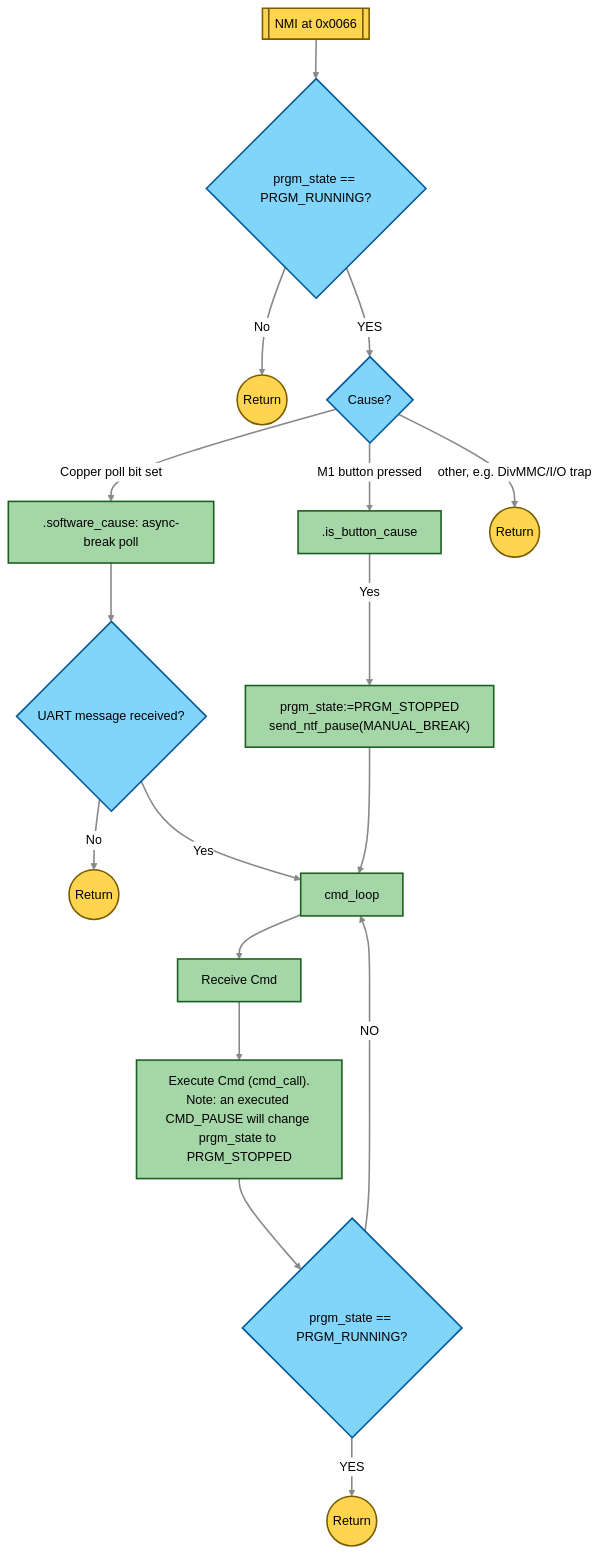
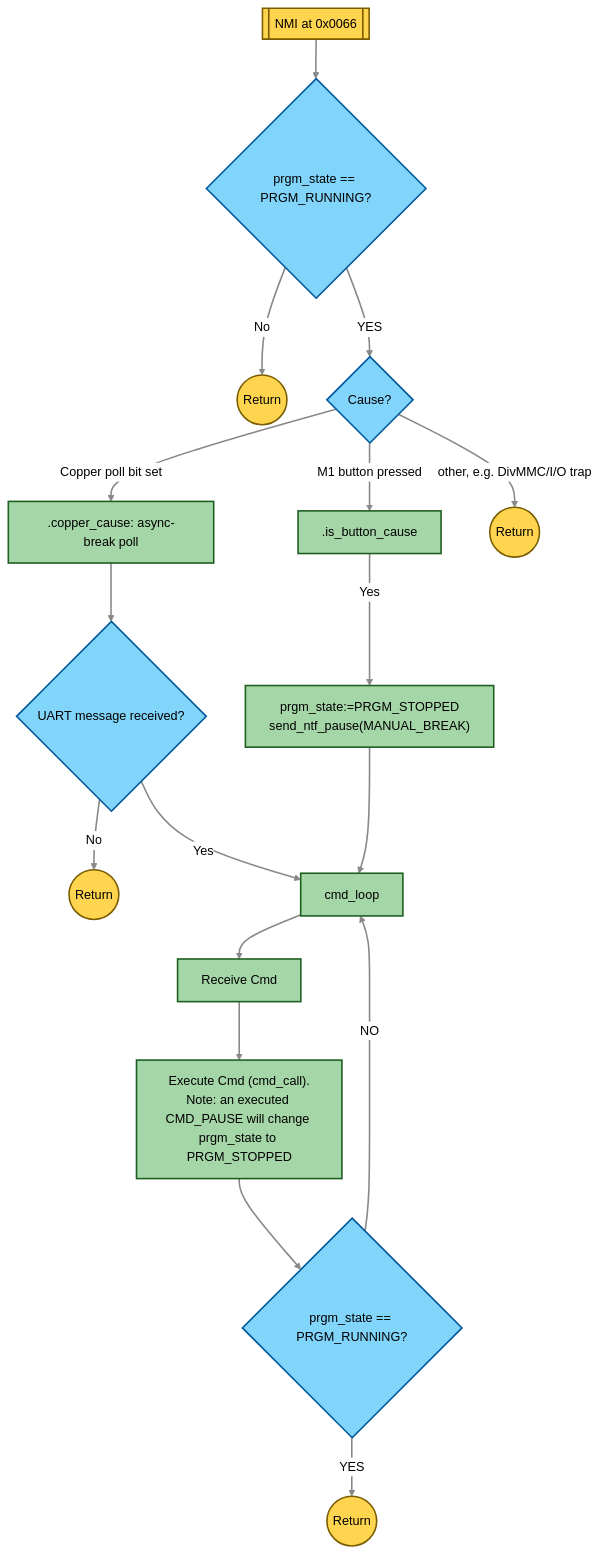
The fourth of 5 diagrams in documentation/Design.md (maziac/dezogif), drawn with Mermaid (neutral theme) before and after one commit. The commit also changed 3 other files, not shown here.

````diff
--- a/documentation/Design.md
+++ b/documentation/Design.md
@@ -271,30 +271,30 @@
 ```mermaid
 flowchart TD
     NMI[["NMI at 0x0066"]] --> PrgState{prgm_state == PRGM_RUNNING?}
     PrgState -->|No| End1((Return))
 	PrgState --> |YES| Cause{Cause?}
 
     Cause -->|M1 button pressed| Button[".is_button_cause"]
-    Cause -->|Copper poll bit set| Poll[".software_cause: async-break poll"]
+    Cause -->|Copper poll bit set| Poll[".copper_cause: async-break poll"]
     Cause -->|other, e.g. DivMMC/I/O trap| End2((Return))
 
     Button -->|Yes| ntf_pause["prgm_state:=PRGM_STOPPED\nsend_ntf_pause(MANUAL_BREAK)"]
 
     Poll --> UartByte{UART message received?}
     UartByte -->|No| End3((Return))
     UartByte -->|Yes| CmdLoop
 
     ntf_pause --> CmdLoop
 
     CmdLoop[cmd_loop] --> ReceiveCmd["Receive Cmd"] --> ExecCmd["Execute Cmd (cmd_call).\nNote: an executed CMD_PAUSE will change prgm_state to PRGM_STOPPED"]
 	ExecCmd --> PrgStateLoop{prgm_state == PRGM_RUNNING?} --> |YES| End4((Return))
 	PrgStateLoop --> |NO| CmdLoop
 
     classDef entry_return fill:#ffd54f,stroke:#7a5c00,stroke-width:2px,color:#000
     classDef decision fill:#81d4fa,stroke:#01579b,stroke-width:2px,color:#000
     classDef action fill:#a5d6a7,stroke:#1b5e20,stroke-width:2px,color:#000
     class Cause,UartByte,PrgState,PrgStateLoop decision
     class Button,Poll,ntf_pause,CmdLoop,ReceiveCmd,ExecCmd action
     class NMI,End1,End2,End3,End4 entry_return
     linkStyle default stroke:#888888,stroke-width:2px
 ```
````
